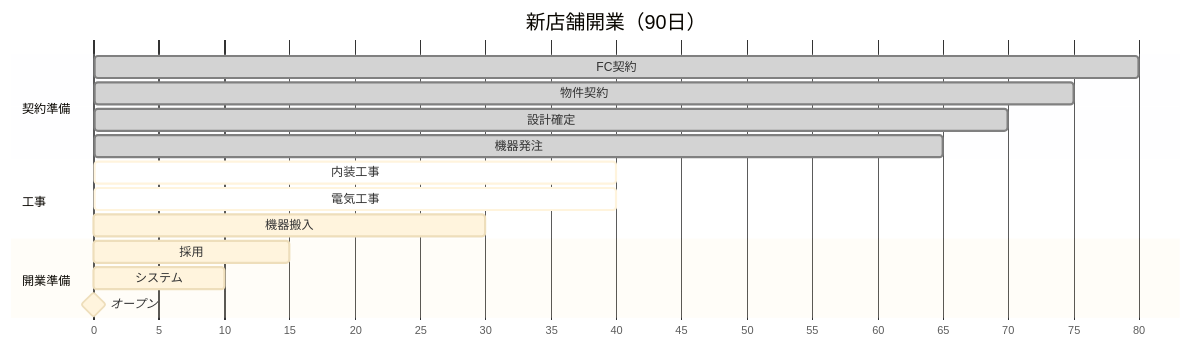
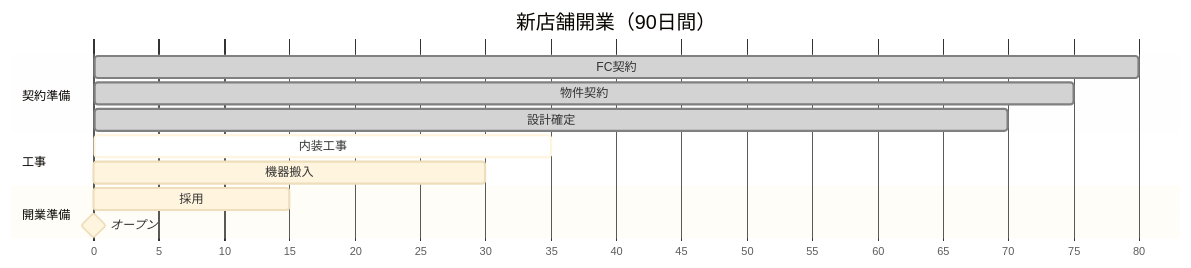
Before and after one commit to PLark-droid/lark-proposal: the ninth of 15 diagrams in docs/FITPLACE_LARK_PROPOSAL.md, drawn with Mermaid. The commit also changed other lines of this file, not shown here.

First line of the commit message:
docs: redesign Mermaid diagrams for A4 portrait layout

````diff
--- a/docs/FITPLACE_LARK_PROPOSAL.md
+++ b/docs/FITPLACE_LARK_PROPOSAL.md
@@ -319,23 +338,20 @@
 ```mermaid
-%%{init: {'theme': 'base', 'themeVariables': { 'fontSize': '12px'}}}%%
+%%{init: {'theme': 'base', 'themeVariables': {'fontSize': '12px'}}}%%
 gantt
-    title 新店舗開業（90日）
+    title 新店舗開業（90日間）
     dateFormat X
     axisFormat %s
 
     section 契約準備
-    FC契約     :done, 90, 80
-    物件契約   :done, 85, 75
-    設計確定   :done, 80, 70
-    機器発注   :done, 75, 65
+    FC契約      :done, 90, 80
+    物件契約    :done, 85, 75
+    設計確定    :done, 80, 70
 
     section 工事
-    内装工事   :active, 60, 40
-    電気工事   :active, 55, 40
-    機器搬入   :35, 30
+    内装工事    :active, 60, 35
+    機器搬入    :35, 30
 
     section 開業準備
-    採用       :30, 15
-    システム   :20, 10
-    オープン   :milestone, 0, 0
+    採用        :30, 15
+    オープン    :milestone, 0, 0
 ```
````
